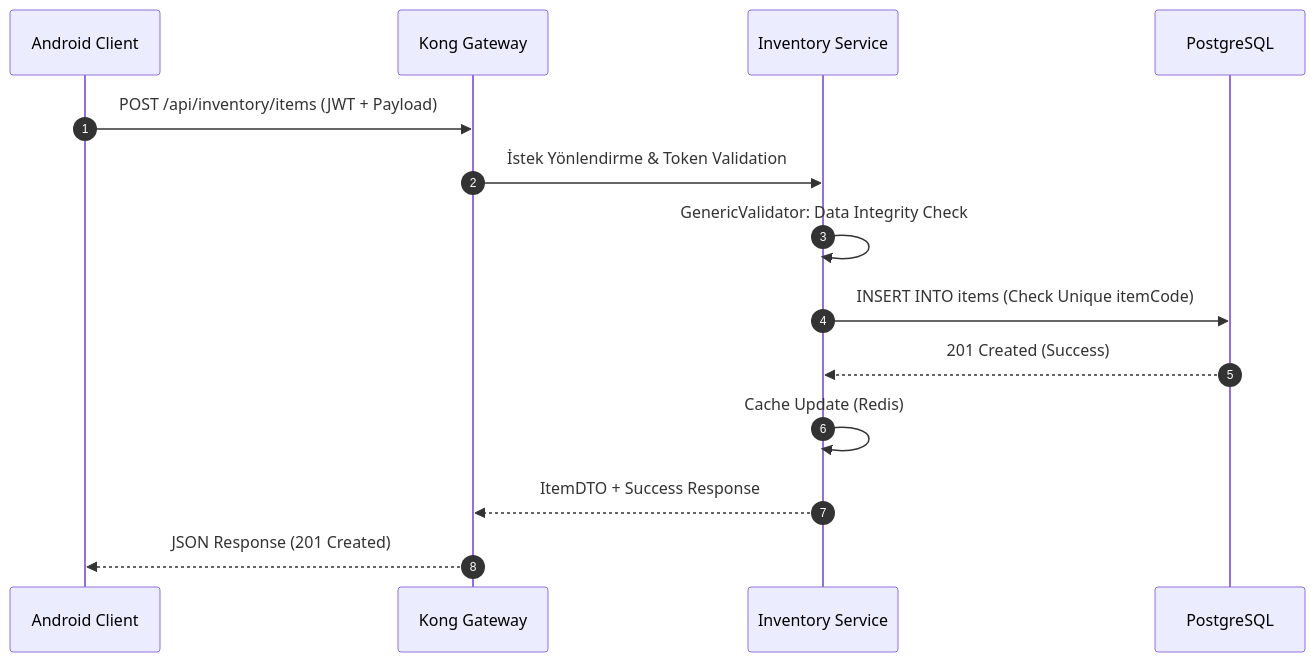
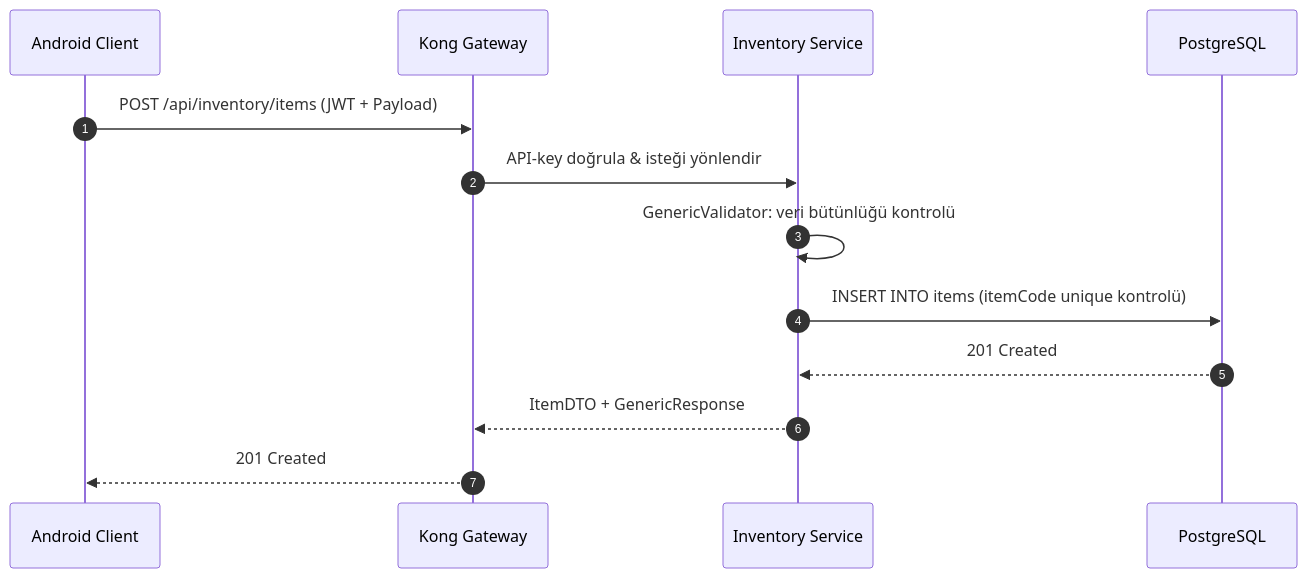
The third of 4 diagrams in README.md (EfekanDemir/Inventory_System), drawn with Mermaid before and after one commit. The commit also changed other lines of this file and 2 other files, not shown here.

````diff
--- a/README.md
+++ b/README.md
@@ -180,17 +218,16 @@
 ```mermaid
 sequenceDiagram
     autonumber
     participant A as Android Client
     participant G as Kong Gateway
     participant I as Inventory Service
     participant DB as PostgreSQL
-    
+
     A->>G: POST /api/inventory/items (JWT + Payload)
-    G->>I: İstek Yönlendirme & Token Validation
-    I->>I: GenericValidator: Data Integrity Check
-    I->>DB: INSERT INTO items (Check Unique itemCode)
-    DB-->>I: 201 Created (Success)
-    I->>I: Cache Update (Redis)
-    I-->>G: ItemDTO + Success Response
-    G-->>A: JSON Response (201 Created)
+    G->>I: API-key doğrula & isteği yönlendir
+    I->>I: GenericValidator: veri bütünlüğü kontrolü
+    I->>DB: INSERT INTO items (itemCode unique kontrolü)
+    DB-->>I: 201 Created
+    I-->>G: ItemDTO + GenericResponse
+    G-->>A: 201 Created
 ```
````
